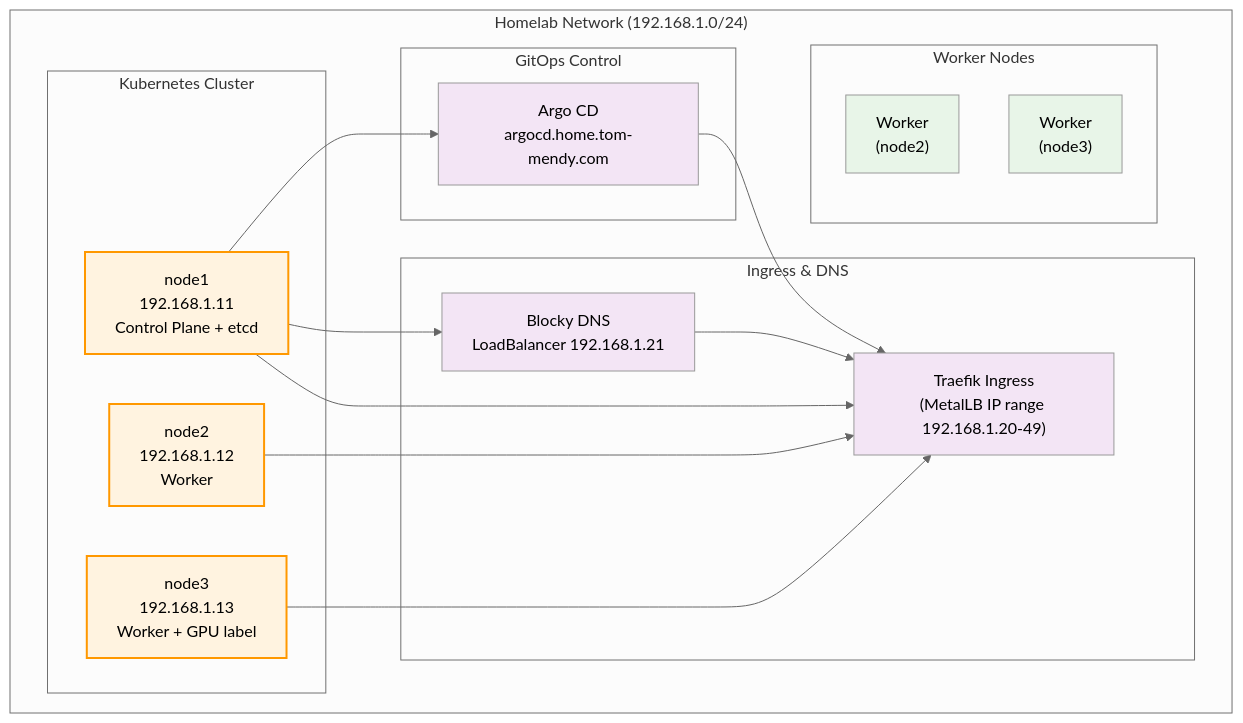
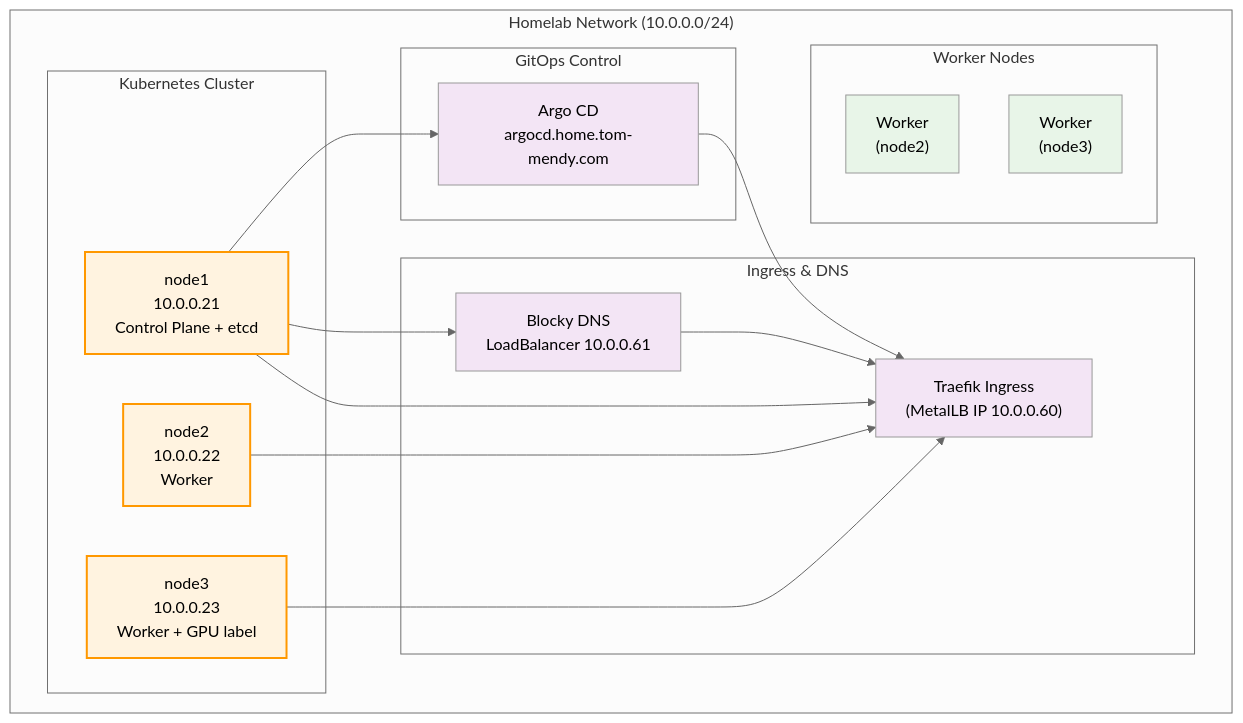
One commit to Tom-Mendy/homelab changed the diagram in docs/network-diagram.md. Above: the diagram before and after it, drawn with Mermaid (neutral theme). The commit also changed other lines of this file and 10 other files, not shown here.

Commit message:
Migrate homelab network to 10.0.0.0

````diff
--- a/docs/network-diagram.md
+++ b/docs/network-diagram.md
@@ -19,43 +19,43 @@
 ```mermaid
 graph TB
-    subgraph "Homelab Network (192.168.1.0/24)"
+    subgraph "Homelab Network (10.0.0.0/24)"
         subgraph "Kubernetes Cluster"
-            node1["node1<br/>192.168.1.11<br/>Control Plane + etcd"]
-            node2["node2<br/>192.168.1.12<br/>Worker"]
-            node3["node3<br/>192.168.1.13<br/>Worker + GPU label"]
+            node1["node1<br/>10.0.0.21<br/>Control Plane + etcd"]
+            node2["node2<br/>10.0.0.22<br/>Worker"]
+            node3["node3<br/>10.0.0.23<br/>Worker + GPU label"]
         end
 
         subgraph "Ingress & DNS"
-            traefik["Traefik Ingress\n(MetalLB IP range 192.168.1.20-49)"]
-            blocky["Blocky DNS\nLoadBalancer 192.168.1.21"]
+            traefik["Traefik Ingress\n(MetalLB IP 10.0.0.60)"]
+            blocky["Blocky DNS\nLoadBalancer 10.0.0.61"]
         end
 
         subgraph "GitOps Control"
             argocd["Argo CD\nargocd.home.tom-mendy.com"]
         end
 
         subgraph "Worker Nodes"
             worker2["Worker<br/>(node2)"]
             worker3["Worker<br/>(node3)"]
         end
     end
 
     node1 --> traefik
     node1 --> blocky
     node1 --> argocd
     node2 --> traefik
     node3 --> traefik
     blocky --> traefik
     argocd --> traefik
 
     %% Style
     classDef controlPlane fill:#e1f5fe
     classDef workerNode fill:#e8f5e8
     classDef platform fill:#f3e5f5
     classDef physicalNode fill:#fff3e0,stroke:#ff9800,stroke-width:2px
 
     class node1 controlPlane
     class worker2,worker3 workerNode
     class traefik,blocky,argocd platform
     class node1,node2,node3 physicalNode
 ```
````
